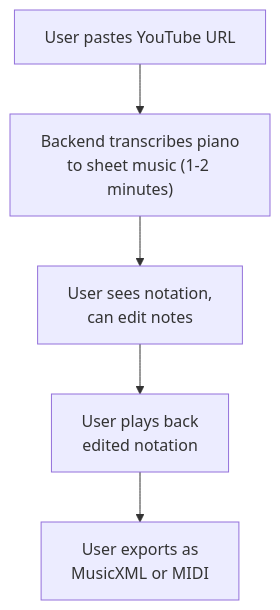
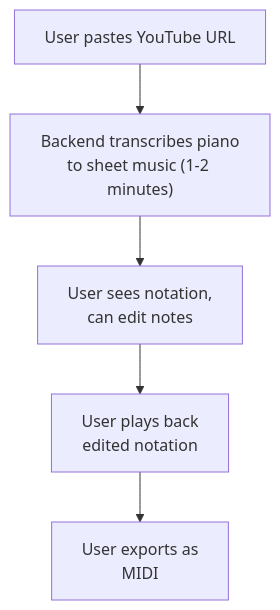
The diagram in docs/features/mvp.md (calebyhan/rescored), drawn with Mermaid before and after one commit. The commit also changed other lines of this file and 29 other files, not shown here.

````diff
--- a/docs/features/mvp.md
+++ b/docs/features/mvp.md
@@ -9,13 +9,13 @@
 ```mermaid
 graph TB
     Paste["User pastes YouTube URL"]
     Transcribe["Backend transcribes piano<br/>to sheet music (1-2 minutes)"]
     View["User sees notation,<br/>can edit notes"]
     Playback["User plays back<br/>edited notation"]
-    Export["User exports as<br/>MusicXML or MIDI"]
+    Export["User exports as<br/>MIDI"]
 
     Paste --> Transcribe
     Transcribe --> View
     View --> Playback
     Playback --> Export
 ```
````
